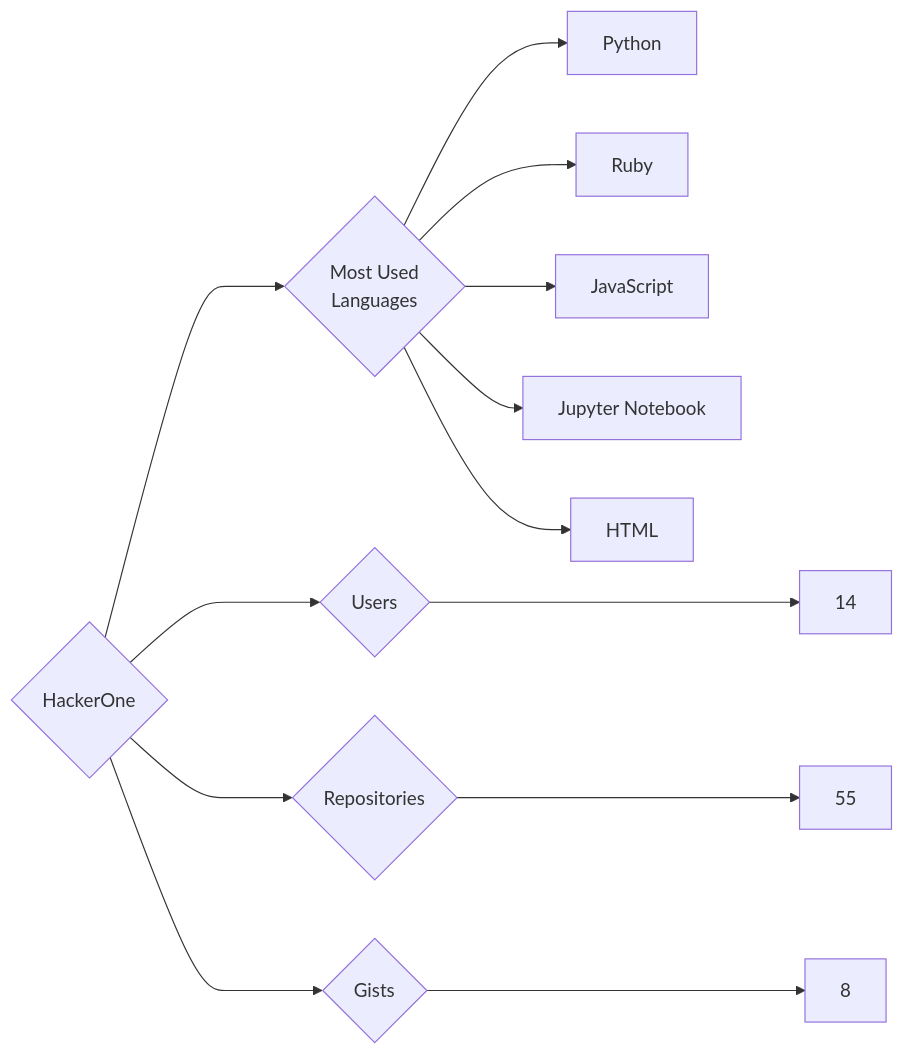
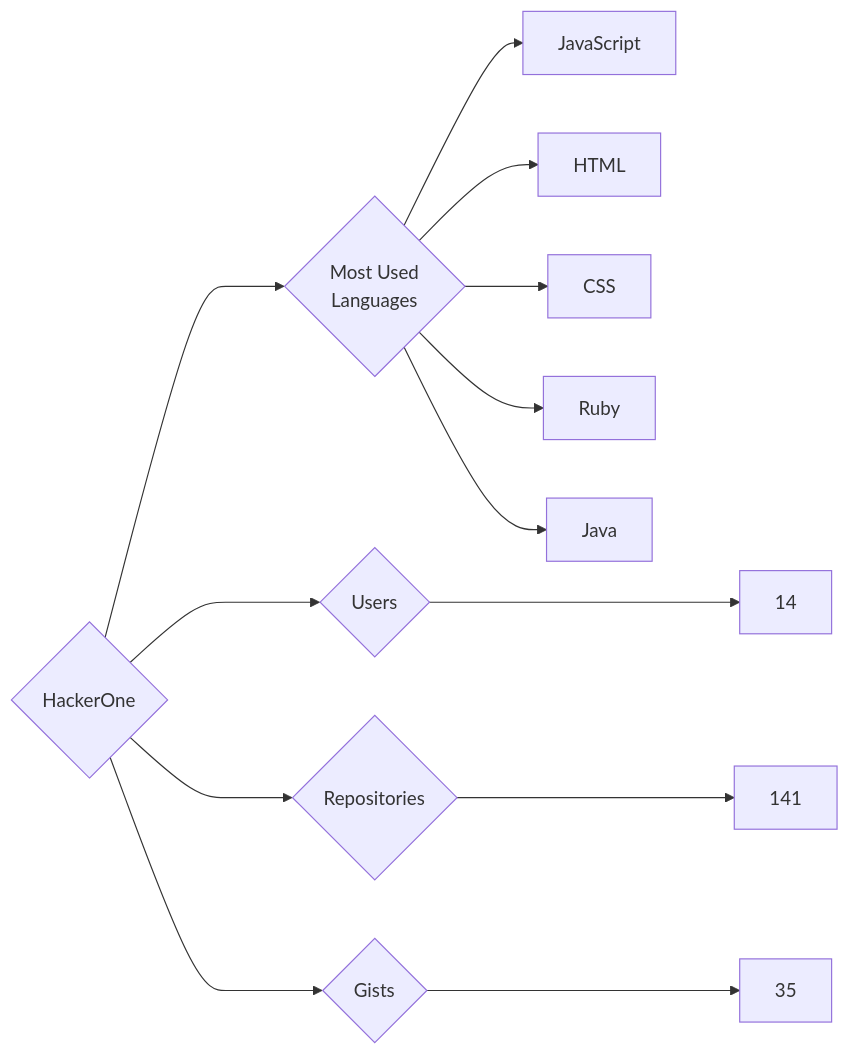
The diagram in targets/HackerOne/README.md (trickest/insiders), drawn with Mermaid before and after one commit. The commit also changed 912 other files, not shown here.

````diff
--- a/targets/HackerOne/README.md
+++ b/targets/HackerOne/README.md
@@ -3,13 +3,13 @@
 ```mermaid
 graph LR
 COMPANY_NAME{HackerOne}
 COMPANY_NAME ---> U{Users} ---> UN[14]
-COMPANY_NAME ---> R{Repositories} ---> RN[55]
-COMPANY_NAME ---> G{Gists} ---> GN[8]
+COMPANY_NAME ---> R{Repositories} ---> RN[141]
+COMPANY_NAME ---> G{Gists} ---> GN[35]
 COMPANY_NAME ---> ML{Most Used<br>Languages}
-ML --> Python[Python]
+ML --> JavaScript[JavaScript]
+ML --> HTML[HTML]
+ML --> CSS[CSS]
 ML --> Ruby[Ruby]
-ML --> JavaScript[JavaScript]
-ML --> Jupyter_Notebook[Jupyter Notebook]
-ML --> HTML[HTML]
+ML --> Java[Java]
 ```
````
